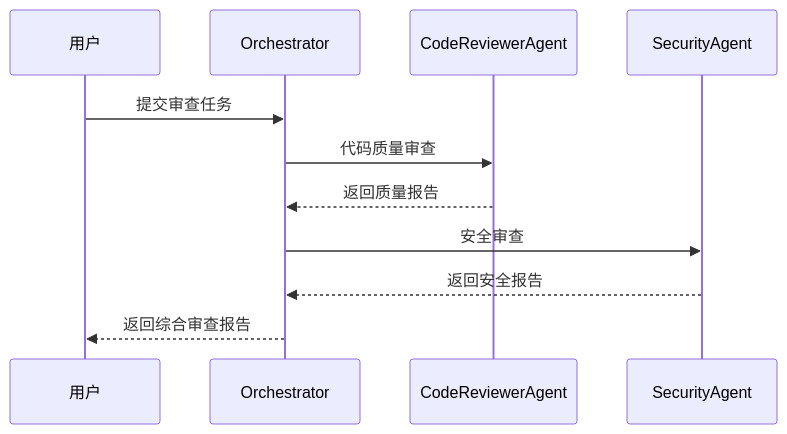
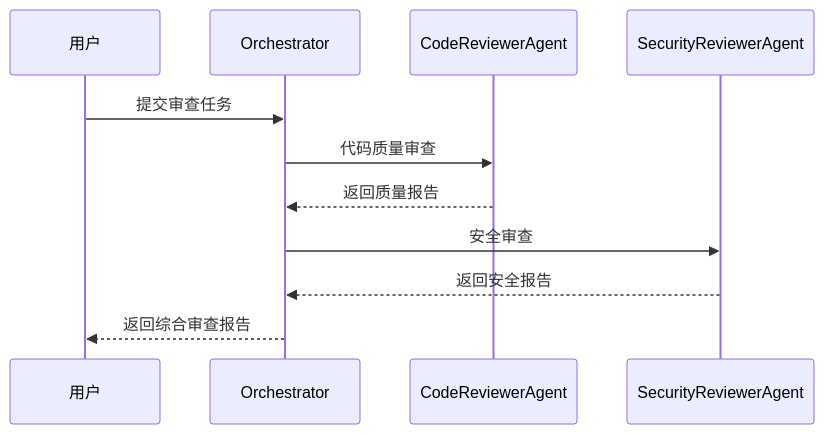
The fourth of 10 diagrams in docs/ARCHITECTURE.md (VOBC/oh-my-coder), drawn with Mermaid before and after one commit. The commit also changed other lines of this file and 9 other files, not shown here.

````diff
--- a/docs/ARCHITECTURE.md
+++ b/docs/ARCHITECTURE.md
@@ -125,14 +125,14 @@
 ```mermaid
 sequenceDiagram
     participant U as 用户
     participant O as Orchestrator
     participant CR as CodeReviewerAgent
-    participant SR as SecurityAgent
+    participant SR as SecurityReviewerAgent
 
     U->>O: 提交审查任务
     O->>CR: 代码质量审查
     CR-->>O: 返回质量报告
     O->>SR: 安全审查
     SR-->>O: 返回安全报告
     O-->>U: 返回综合审查报告
 ```
````
